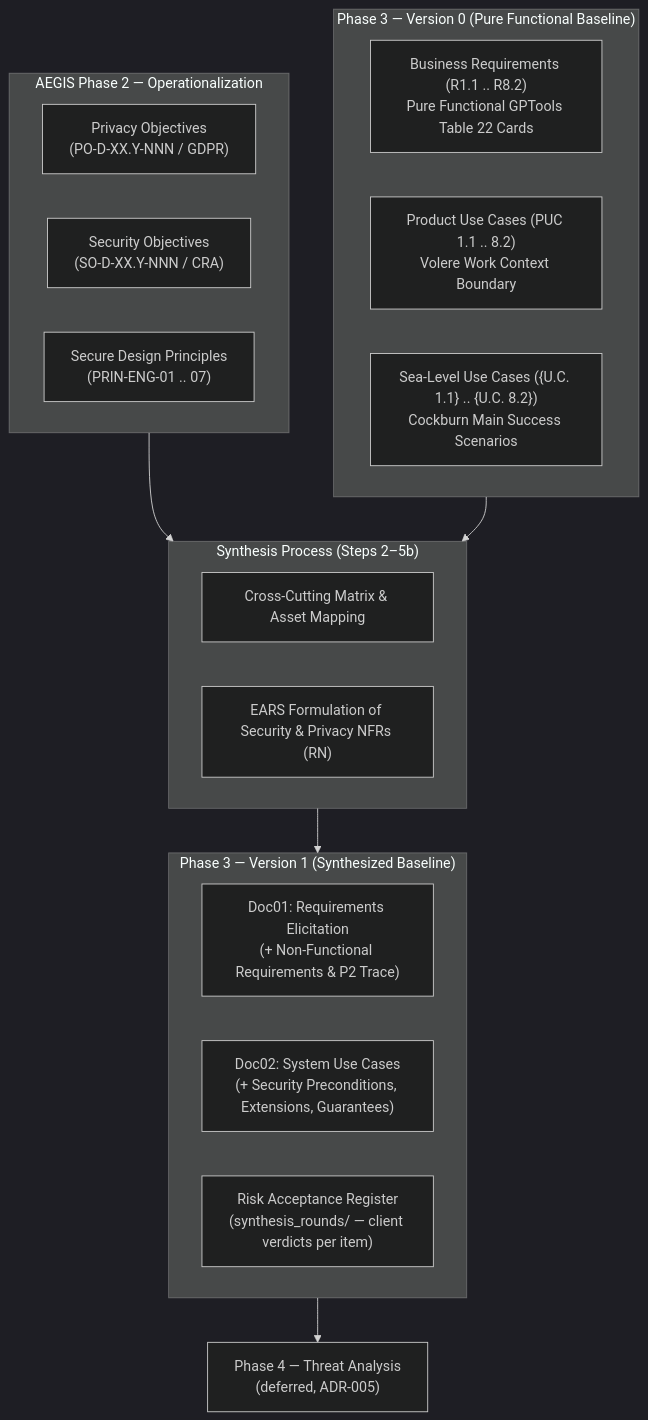
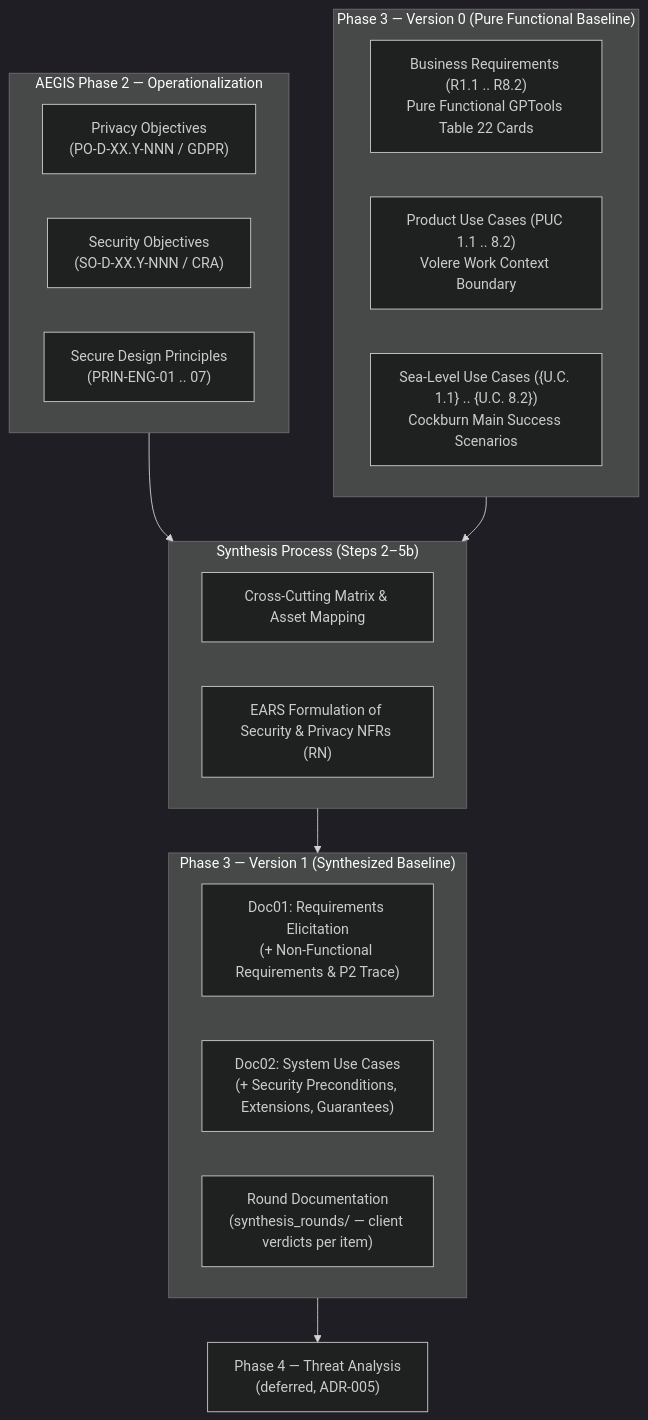
Before and after one commit to pauloribeiro16/aegis-mvp: the diagram in cases/Case_01_TinyTask_SaaS/03_PHASE3_SPEC/PHASE3_PROCESS_AND_METHODOLOGY.md, drawn with Mermaid (dark theme). The commit also changed other lines of this file and 7 other files, not shown here.

````diff
--- a/cases/Case_01_TinyTask_SaaS/03_PHASE3_SPEC/PHASE3_PROCESS_AND_METHODOLOGY.md
+++ b/cases/Case_01_TinyTask_SaaS/03_PHASE3_SPEC/PHASE3_PROCESS_AND_METHODOLOGY.md
@@ -113,30 +113,30 @@
 ```mermaid
 flowchart TD
     subgraph P2["AEGIS Phase 2 — Operationalization"]
         PO["Privacy Objectives<br>(PO-D-XX.Y-NNN / GDPR)"]
         SO["Security Objectives<br>(SO-D-XX.Y-NNN / CRA)"]
         ENG["Secure Design Principles<br>(PRIN-ENG-01 .. 07)"]
     end
 
     subgraph P3_V0["Phase 3 — Version 0 (Pure Functional Baseline)"]
         R_V0["Business Requirements (R1.1 .. R8.2)<br>Pure Functional GPTools Table 22 Cards"]
         PUC_V0["Product Use Cases (PUC 1.1 .. 8.2)<br>Volere Work Context Boundary"]
         UC_V0["Sea-Level Use Cases ({U.C. 1.1} .. {U.C. 8.2})<br>Cockburn Main Success Scenarios"]
     end
 
     subgraph Synth["Synthesis Process (Steps 2–5b)"]
         Matrix["Cross-Cutting Matrix & Asset Mapping"]
         EARS["EARS Formulation of Security & Privacy NFRs (RN)"]
     end
 
     subgraph P3_V1["Phase 3 — Version 1 (Synthesized Baseline)"]
         Doc01_V1["Doc01: Requirements Elicitation<br>(+ Non-Functional Requirements & P2 Trace)"]
         Doc02_V1["Doc02: System Use Cases<br>(+ Security Preconditions, Extensions, Guarantees)"]
-        Reg_V1["Risk Acceptance Register<br>(synthesis_rounds/ — client verdicts per item)"]
+        Round_Notes["Round Documentation<br>(synthesis_rounds/ — client verdicts per item)"]
     end
 
     P2 --> Synth
     P3_V0 --> Synth
     Synth --> P3_V1
     P3_V1 --> P4["Phase 4 — Threat Analysis<br>(deferred, ADR-005)"]
 ```
````
